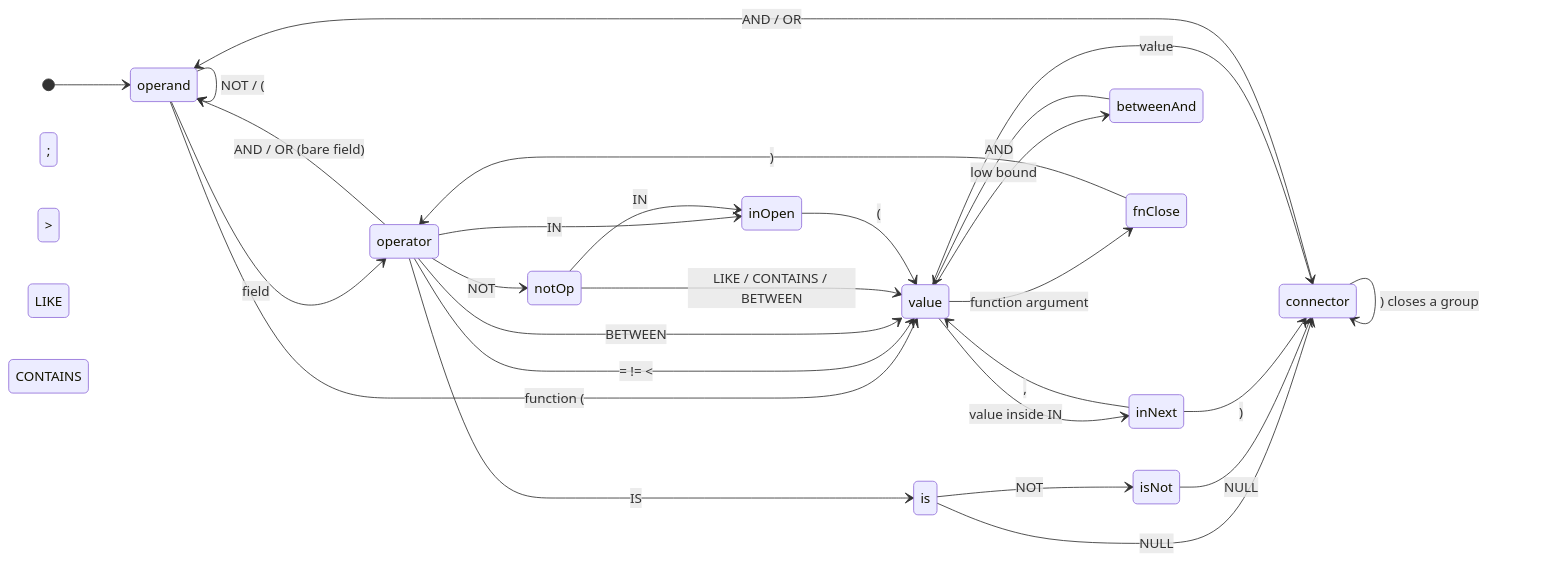
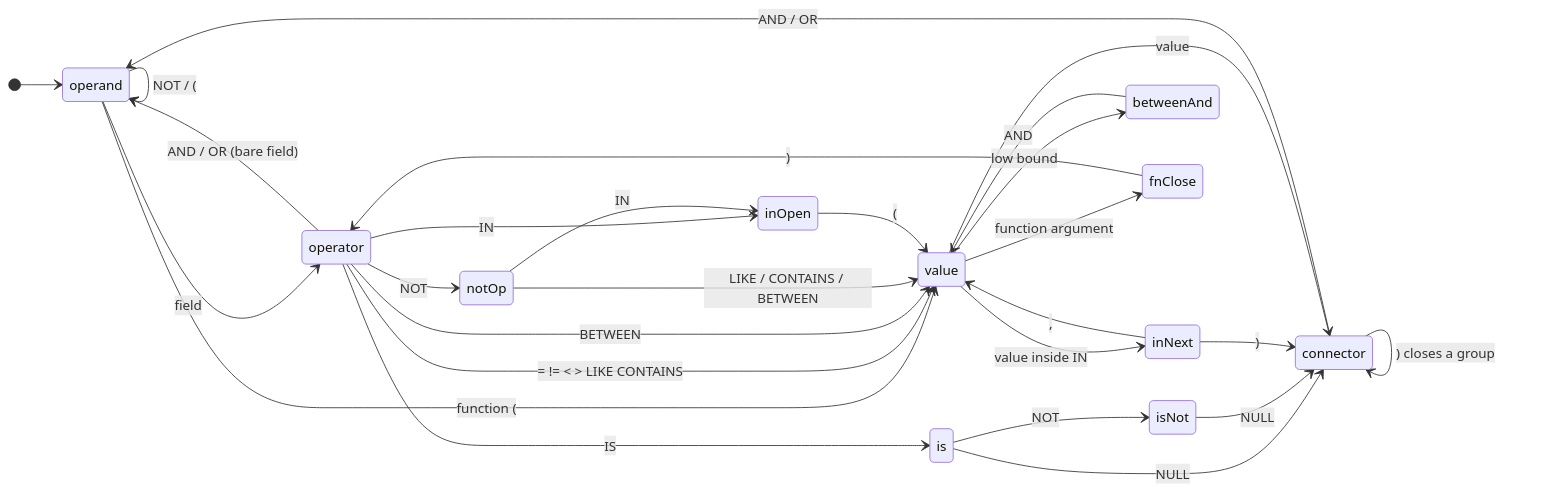
One commit to tructn/kui changed the ninth of 10 diagrams in crates/kui_tql/README.md. Above: the diagram before and after it, drawn with Mermaid. The commit also changed other lines of this file, not shown here.

First line of the commit message:
docs(tql): use Mermaid entity codes so diagrams parse

````diff
--- a/crates/kui_tql/README.md
+++ b/crates/kui_tql/README.md
@@ -1244,30 +1244,30 @@
 ```mermaid
 stateDiagram-v2
     direction LR
     [*] --> operand
     operand --> operand: NOT / (
     operand --> operator: field
     operand --> value: function (
-    operator --> value: = != &lt; &gt; LIKE CONTAINS
+    operator --> value: = != #lt; #gt; LIKE CONTAINS
     operator --> notOp: NOT
     operator --> is: IS
     operator --> inOpen: IN
     operator --> value: BETWEEN
     operator --> operand: AND / OR (bare field)
     notOp --> value: LIKE / CONTAINS / BETWEEN
     notOp --> inOpen: IN
     is --> isNot: NOT
     is --> connector: NULL
     isNot --> connector: NULL
     inOpen --> value: (
     value --> inNext: value inside IN
     inNext --> value: ,
     inNext --> connector: )
     value --> betweenAnd: low bound
     betweenAnd --> value: AND
     value --> fnClose: function argument
     fnClose --> operator: )
     value --> connector: value
     connector --> operand: AND / OR
     connector --> connector: ) closes a group
 ```
````
